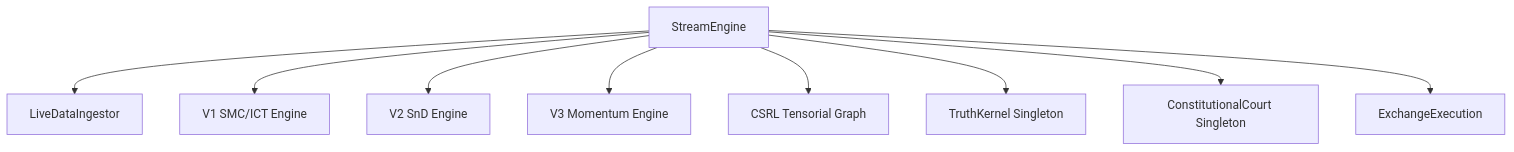
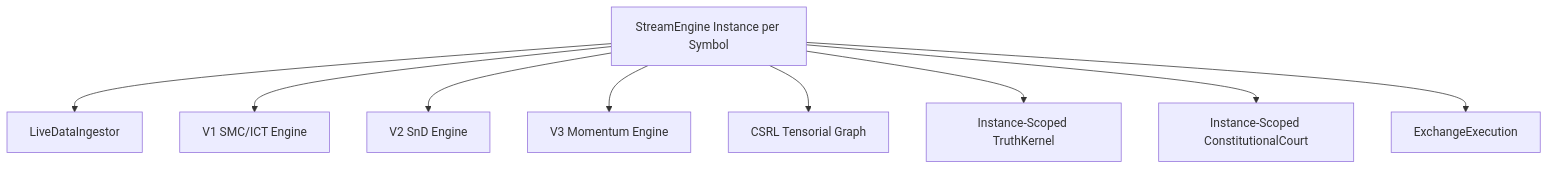
One commit to Ciamarro1/Lyzer-Edge changed the diagram in knowledge/modules/stream_engine.md. Above: the diagram before and after it, drawn with Mermaid. The commit also changed other lines of this file and 4 other files, not shown here.

Commit message:
fix(phase-1): isolate court/kernel per StreamEngine, protect admin REST endpoints, and fix fallback loop race condition

````diff
--- a/knowledge/modules/stream_engine.md
+++ b/knowledge/modules/stream_engine.md
@@ -24,11 +25,11 @@
 ```mermaid
 graph TD
-    SE[StreamEngine] --> ING[LiveDataIngestor]
+    SE[StreamEngine Instance per Symbol] --> ING[LiveDataIngestor]
     SE --> V1[V1 SMC/ICT Engine]
     SE --> V2[V2 SnD Engine]
     SE --> V3[V3 Momentum Engine]
     SE --> CSRL[CSRL Tensorial Graph]
-    SE --> TK[TruthKernel Singleton]
-    SE --> COURT[ConstitutionalCourt Singleton]
+    SE --> TK[Instance-Scoped TruthKernel]
+    SE --> COURT[Instance-Scoped ConstitutionalCourt]
     SE --> EXEC[ExchangeExecution]
 ```
````
